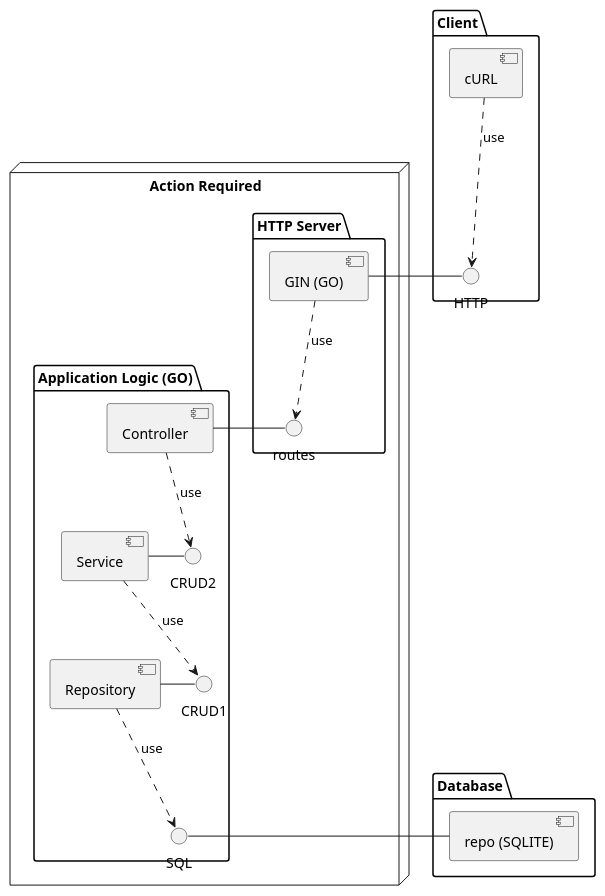
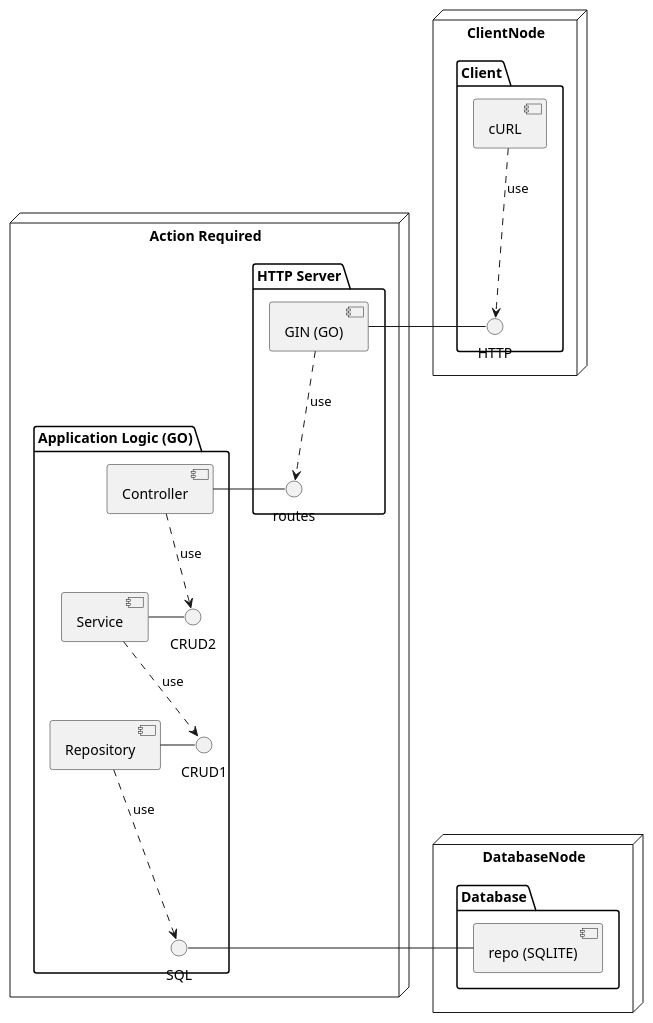
One commit to RodrigoMattosoSilveira/go-gin-jwt-ar changed the diagram in src/uml/phase1-components.wsd. Above: the diagram before and after it, drawn with PlantUML. The commit also changed 1 other file, not shown here.

Commit message:
Minor changes to the Component Diagram

```diff
--- a/src/uml/phase1-components.wsd
+++ b/src/uml/phase1-components.wsd
@@ -1,31 +1,34 @@
 @startuml
-package "Client" {
-	[cURL] as client
-	[client] ..> HTTP : use
+node "ClientNode" {
+	package "Client" {
+		[cURL] as client
+		[client] ..> HTTP : use
+	}
 }
-
 node "Action Required" {
 	package "HTTP Server" {
 		[GIN (GO)] as web
 		[web] ..> routes : use
 	}
 	package "Application Logic (GO)" {
 		[Controller] as ctrlr
 		[ctrlr] ..> CRUD2 : use
 		[Service] as srvc
 		[srvc] ..> CRUD1 : use
 		[Repository] as repo
 		[repo] ..> SQL : use
 	}
 }
 
-package "Database" {
-	[repo (SQLITE)] as db
+node DatabaseNode {
+	package "Database" {
+		[repo (SQLITE)] as db
+	}
 }
 
 web - HTTP
 ctrlr - routes
 srvc - CRUD2
 repo - CRUD1
 db - SQL
 @enduml
```
